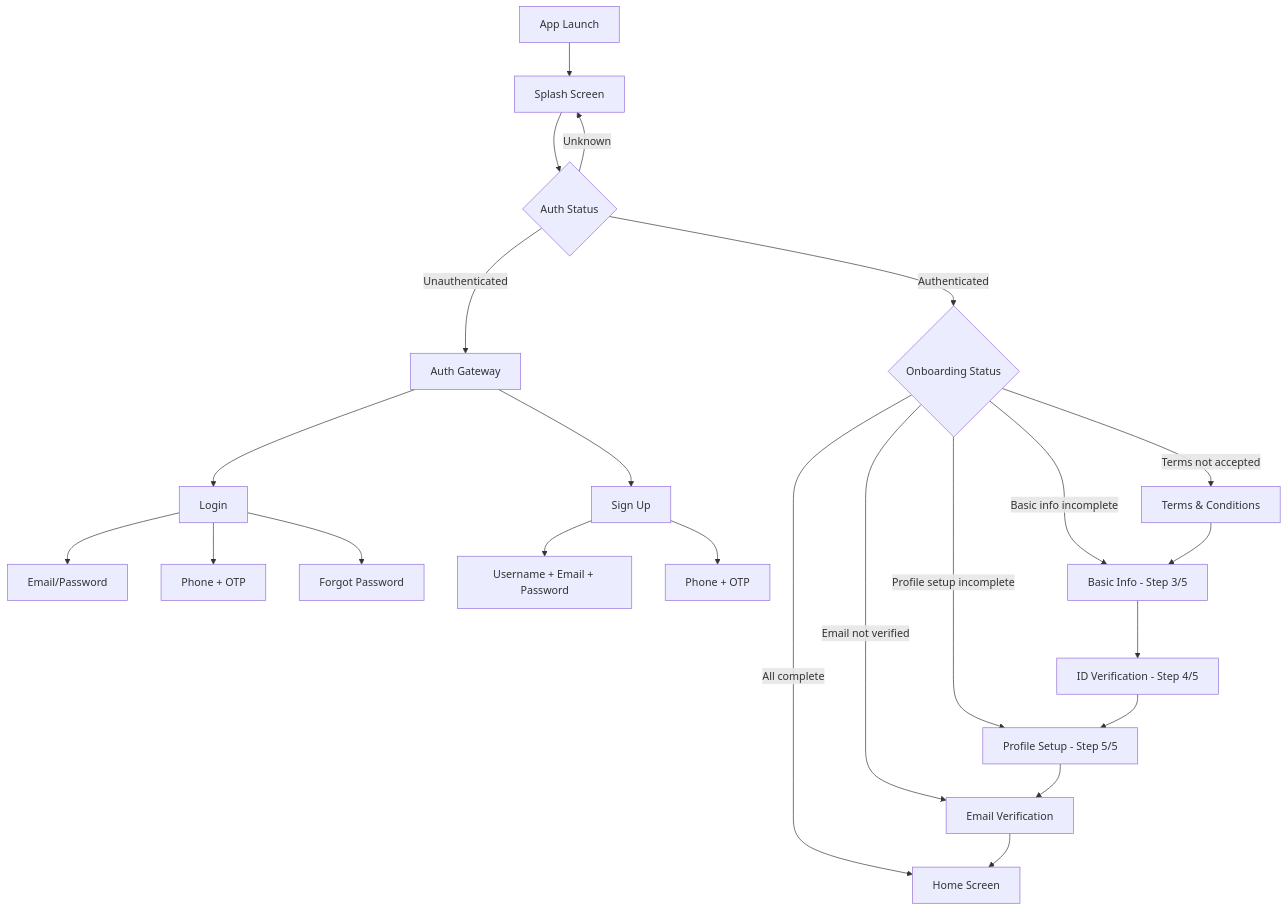
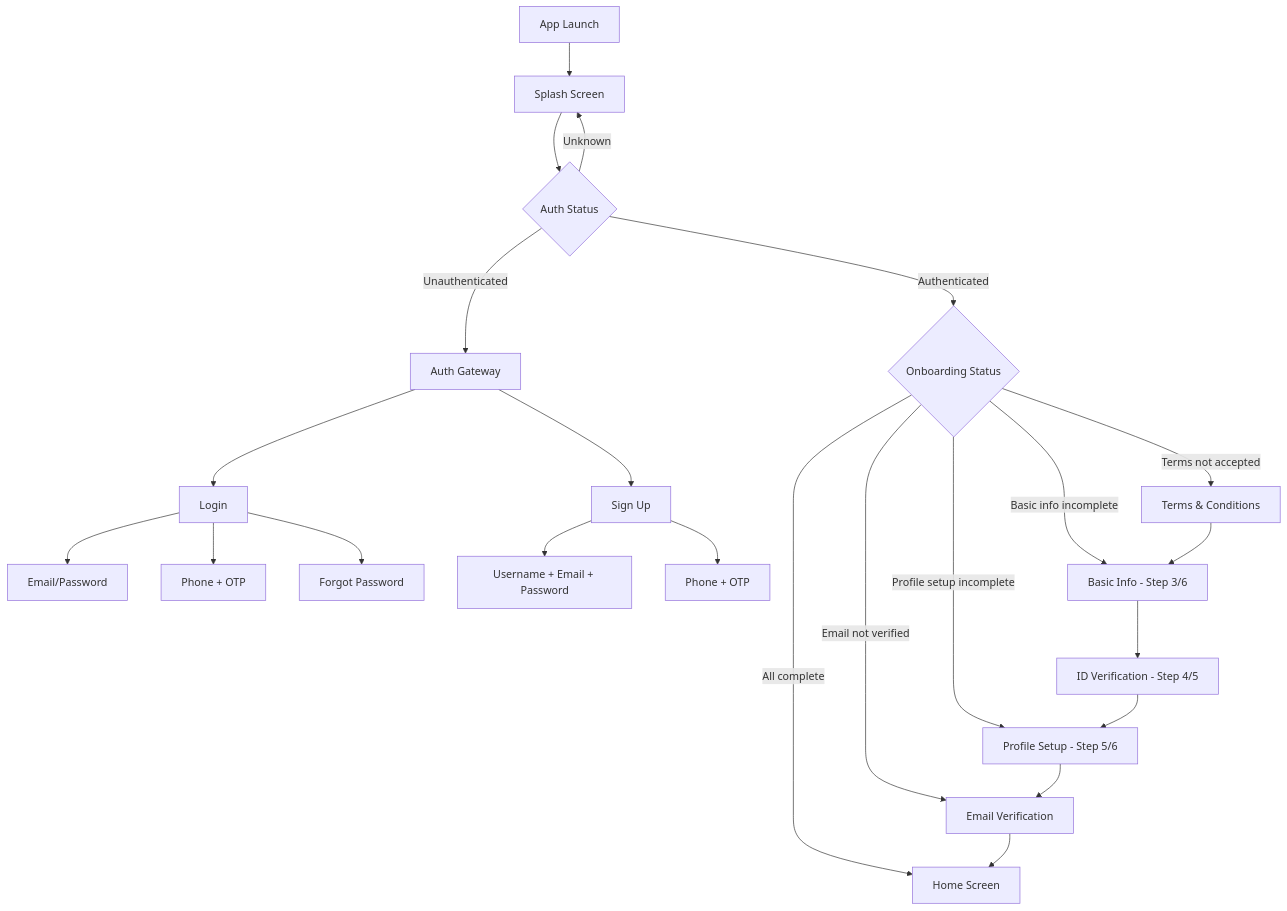
One commit to Aceadk/my_first_project changed the first of 11 diagrams in docs/project_flowchart.md. Above: the diagram before and after it, drawn with Mermaid. The commit also changed other lines of this file and 236 other files, not shown here.

````diff
--- a/docs/project_flowchart.md
+++ b/docs/project_flowchart.md
@@ -9,25 +9,25 @@
 ```mermaid
 flowchart TD
   A[App Launch] --> B[Splash Screen]
   B --> C{Auth Status}
   C -->|Unknown| B
   C -->|Unauthenticated| D[Auth Gateway]
   D --> D1[Login]
   D --> D2[Sign Up]
   D1 --> D1a[Email/Password]
   D1 --> D1b[Phone + OTP]
   D1 --> D1c[Forgot Password]
   D2 --> D2a[Username + Email + Password]
   D2 --> D2b[Phone + OTP]
   C -->|Authenticated| E{Onboarding Status}
   E -->|Terms not accepted| T[Terms & Conditions]
-  E -->|Basic info incomplete| BI[Basic Info - Step 3/5]
-  E -->|Profile setup incomplete| PS[Profile Setup - Step 5/5]
+  E -->|Basic info incomplete| BI[Basic Info - Step 3/6]
+  E -->|Profile setup incomplete| PS[Profile Setup - Step 5/6]
   E -->|Email not verified| EV[Email Verification]
   E -->|All complete| H[Home Screen]
   T --> BI
   BI --> ID[ID Verification - Step 4/5]
   ID --> PS
   PS --> EV
   EV --> H
 ```
````
